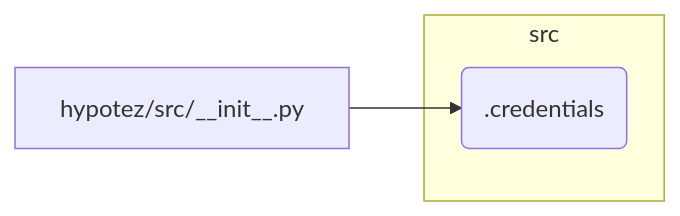
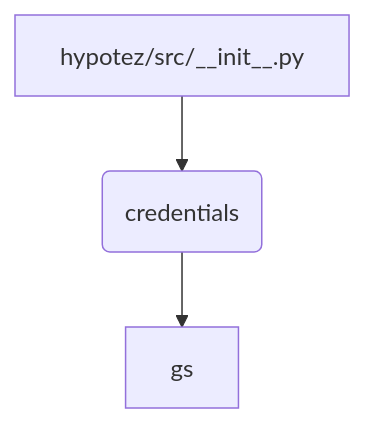
The diagram in docs/gemini/en/explainer/src/__init__.md (hypo69/hypo), drawn with Mermaid before and after one commit. The commit also changed other lines of this file and 2939 other files, not shown here.

````diff
--- a/docs/gemini/en/explainer/src/__init__.md
+++ b/docs/gemini/en/explainer/src/__init__.md
@@ -38,7 +41,5 @@
 ```mermaid
-graph LR
-    A[hypotez/src/__init__.py] --> B(.credentials);
-    subgraph src
-        B(.credentials)
-    end
+graph TD
+    A[hypotez/src/__init__.py] --> B(credentials);
+    B --> C[gs];
 ```
````
